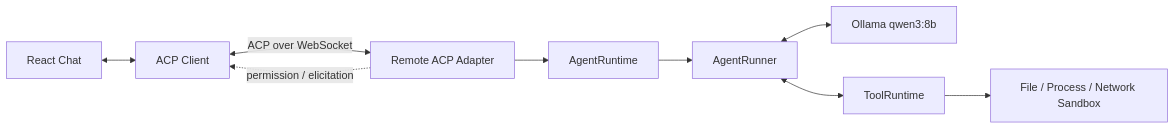
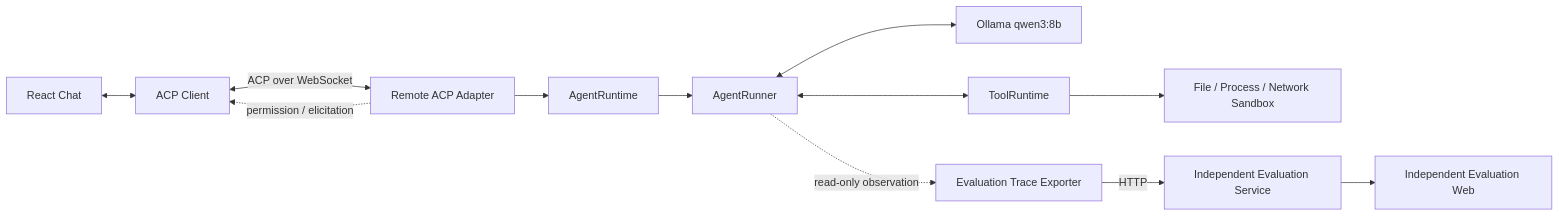
Before and after one commit to bambibren/Models-Kindergarten: the diagram in README.md, drawn with Mermaid. The commit also changed other lines of this file and 46 other files, not shown here.

````diff
--- a/README.md
+++ b/README.md
@@ -7,17 +7,21 @@
 ```mermaid
 flowchart LR
     UI[React Chat]
     ACP[ACP Client]
     Adapter[Remote ACP Adapter]
     Runtime[AgentRuntime]
     Runner[AgentRunner]
     Model[Ollama qwen3:8b]
     Tools[ToolRuntime]
     Sandbox[File / Process / Network Sandbox]
+    Exporter[Evaluation Trace Exporter]
+    Eval[Independent Evaluation Service]
+    EvalUI[Independent Evaluation Web]
 
     UI <--> ACP <-->|ACP over WebSocket| Adapter
     Adapter --> Runtime --> Runner
     Runner <--> Model
     Runner <--> Tools --> Sandbox
     Adapter -. permission / elicitation .-> ACP
+    Runner -. read-only observation .-> Exporter -->|HTTP| Eval --> EvalUI
 ```
````
